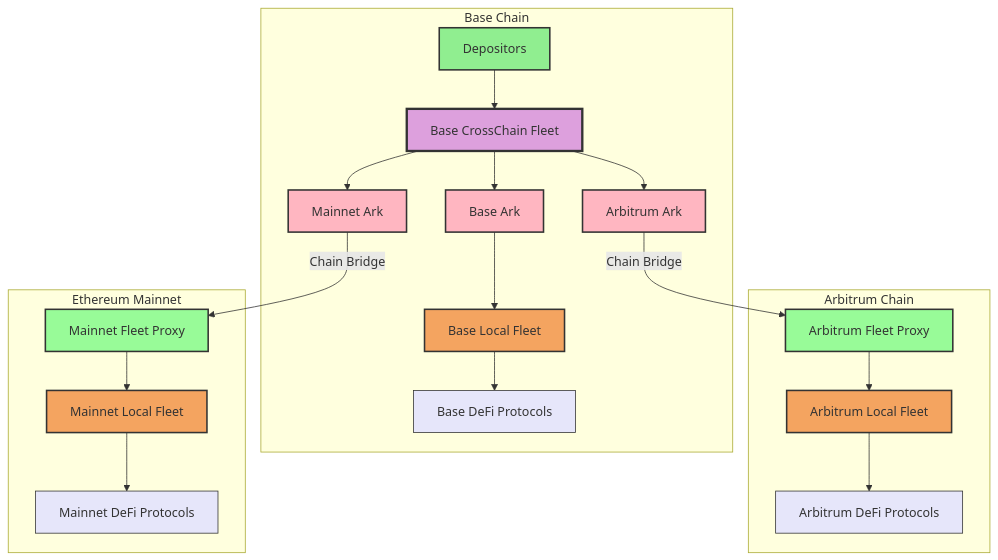
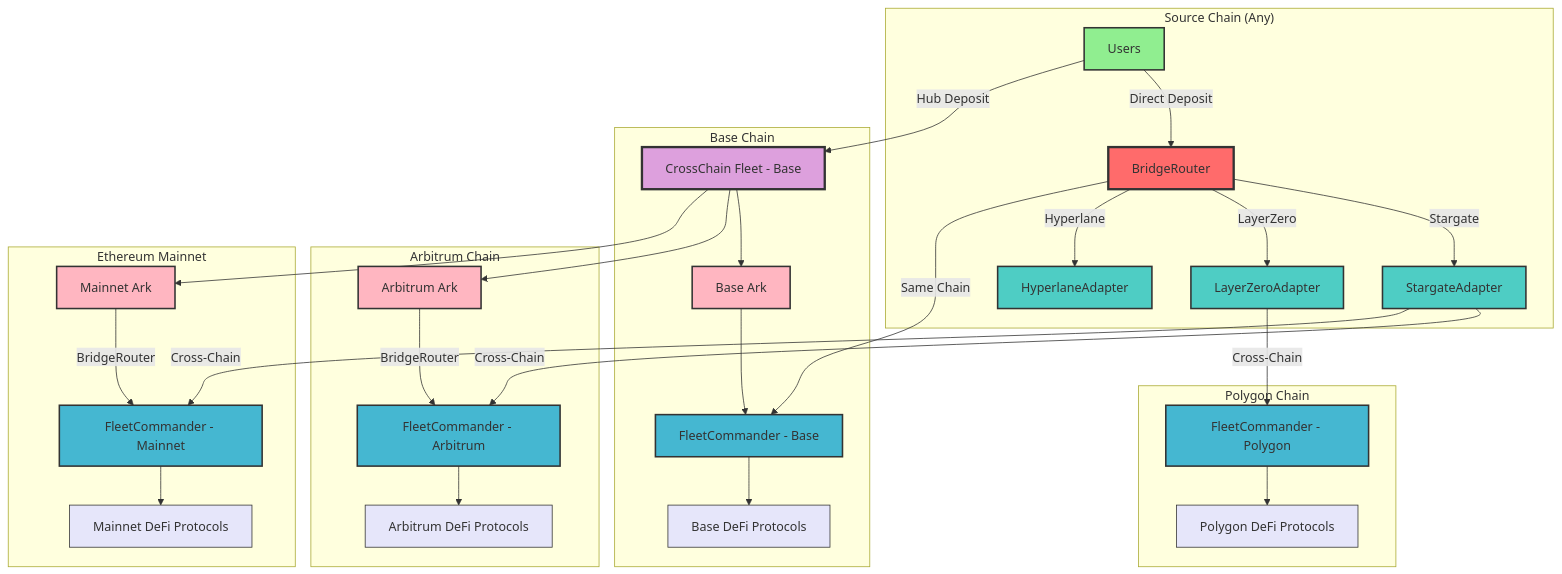
One commit to OasisDEX/summer-earn-protocol changed the diagram in packages/chain-bridge/docs/CROSS_CHAIN_FLEET_ARCHITECTURE.md. Above: the diagram before and after it, drawn with Mermaid. The commit also changed other lines of this file and 13 other files, not shown here.

First line of the commit message:
feat: enhance cross-chain fleet architecture and deposit functionality

````diff
--- a/packages/chain-bridge/docs/CROSS_CHAIN_FLEET_ARCHITECTURE.md
+++ b/packages/chain-bridge/docs/CROSS_CHAIN_FLEET_ARCHITECTURE.md
@@ -9,65 +11,84 @@
 ```mermaid
 graph TD
-    %% Depositors and Hub Fleet
-    A[Depositors] --> B[Base CrossChain Fleet]
+    %% User deposit paths
+    A[Users] --> |Direct Deposit| BR[BridgeRouter]
+    A --> |Hub Deposit| CF[CrossChain Fleet - Base]
     
-    %% Hub fleet to Arks
-    B --> C[Base Ark]
-    B --> D[Arbitrum Ark]
-    B --> E[Mainnet Ark]
+    %% Bridge Router manages all cross-chain operations
+    BR --> |Stargate| SG[StargateAdapter]
+    BR --> |LayerZero| LZ[LayerZeroAdapter]
+    BR --> |Hyperlane| HL[HyperlaneAdapter]
     
-    %% Base direct connection (no bridging needed)
-    C --> F[Base Local Fleet]
+    %% Adapters to destination chains
+    SG --> |Cross-Chain| FC1[FleetCommander - Arbitrum]
+    SG --> |Cross-Chain| FC2[FleetCommander - Mainnet]
+    LZ --> |Cross-Chain| FC3[FleetCommander - Polygon]
     
-    %% Cross-chain bridging to satellite chains
-    D --> |Chain Bridge| G[Arbitrum Fleet Proxy]
-    E --> |Chain Bridge| H[Mainnet Fleet Proxy]
+    %% Local same-chain deposits
+    BR --> |Same Chain| FC0[FleetCommander - Base]
     
-    %% Fleet proxies to local fleets
-    G --> I[Arbitrum Local Fleet]
-    H --> J[Mainnet Local Fleet]
+    %% Centralized hub model (legacy/parallel)
+    CF --> A1[Base Ark]
+    CF --> A2[Arbitrum Ark] 
+    CF --> A3[Mainnet Ark]
     
-    %% Local fleets to DeFi protocols
-    F --> K[Base DeFi Protocols]
-    I --> L[Arbitrum DeFi Protocols]
-    J --> M[Mainnet DeFi Protocols]
+    A1 --> FC0
+    A2 --> |BridgeRouter| FC1
+    A3 --> |BridgeRouter| FC2
+    
+    %% FleetCommanders to DeFi protocols
+    FC0 --> P1[Base DeFi Protocols]
+    FC1 --> P2[Arbitrum DeFi Protocols]
+    FC2 --> P3[Mainnet DeFi Protocols]
+    FC3 --> P4[Polygon DeFi Protocols]
     
     %% Chain boundaries
+    subgraph "Source Chain (Any)"
+        A
+        BR
+        SG
+        LZ
+        HL
+    end
+    
     subgraph "Base Chain"
-        A
-        B
-        C
-        D
-        E
-        F
-        K
+        CF
+        A1
+        FC0
+        P1
     end
     
     subgraph "Arbitrum Chain"
-        G
-        I
-        L
+        A2
+        FC1
+        P2
     end
     
     subgraph "Ethereum Mainnet"
-        H
-        J
-        M
+        A3
+        FC2
+        P3
+    end
+    
+    subgraph "Polygon Chain"
+        FC3
+        P4
     end
     
     %% Styling
-    classDef depositorsStyle fill:#90EE90,stroke:#333,stroke-width:2px
-    classDef hubFleetStyle fill:#DDA0DD,stroke:#333,stroke-width:3px
+    classDef userStyle fill:#90EE90,stroke:#333,stroke-width:2px
+    classDef routerStyle fill:#FF6B6B,stroke:#333,stroke-width:3px
+    classDef adapterStyle fill:#4ECDC4,stroke:#333,stroke-width:2px
+    classDef fleetStyle fill:#45B7D1,stroke:#333,stroke-width:2px
+    classDef hubStyle fill:#DDA0DD,stroke:#333,stroke-width:3px
     classDef arkStyle fill:#FFB6C1,stroke:#333,stroke-width:2px
-    classDef proxyStyle fill:#98FB98,stroke:#333,stroke-width:2px
-    classDef localFleetStyle fill:#F4A460,stroke:#333,stroke-width:2px
     classDef protocolStyle fill:#E6E6FA,stroke:#333,stroke-width:1px
-    classDef bridgeStyle fill:#87CEEB,stroke:#333,stroke-width:1px
     
-    class A depositorsStyle
-    class B hubFleetStyle
-    class C,D,E arkStyle
-    class G,H proxyStyle
-    class F,I,J localFleetStyle
-    class K,L,M protocolStyle
+    class A userStyle
+    class BR routerStyle
+    class SG,LZ,HL adapterStyle
+    class FC0,FC1,FC2,FC3 fleetStyle
+    class CF hubStyle
+    class A1,A2,A3 arkStyle
+    class P1,P2,P3,P4 protocolStyle
 ```
````
